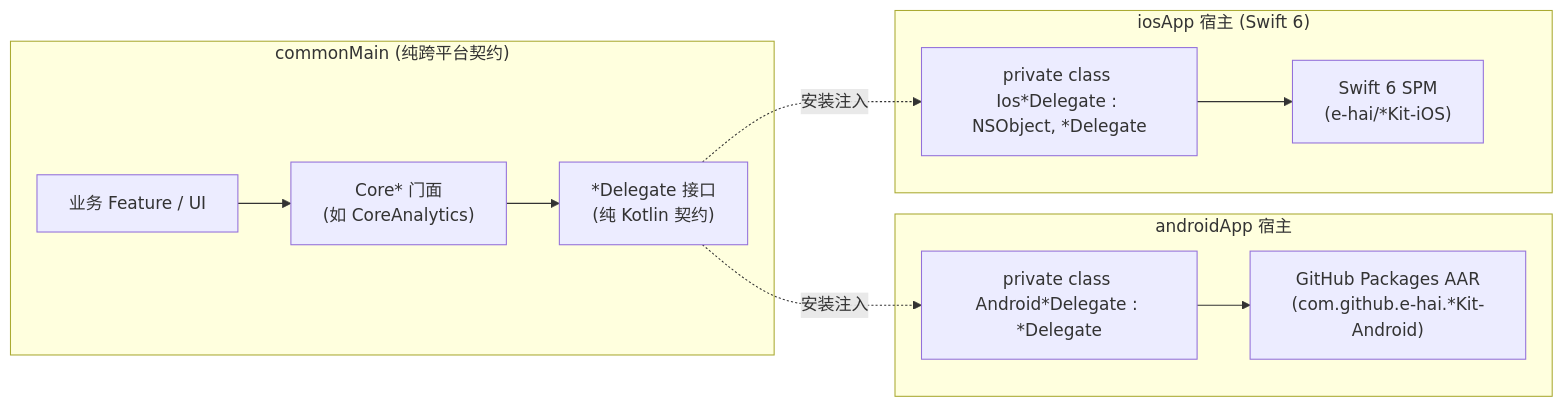
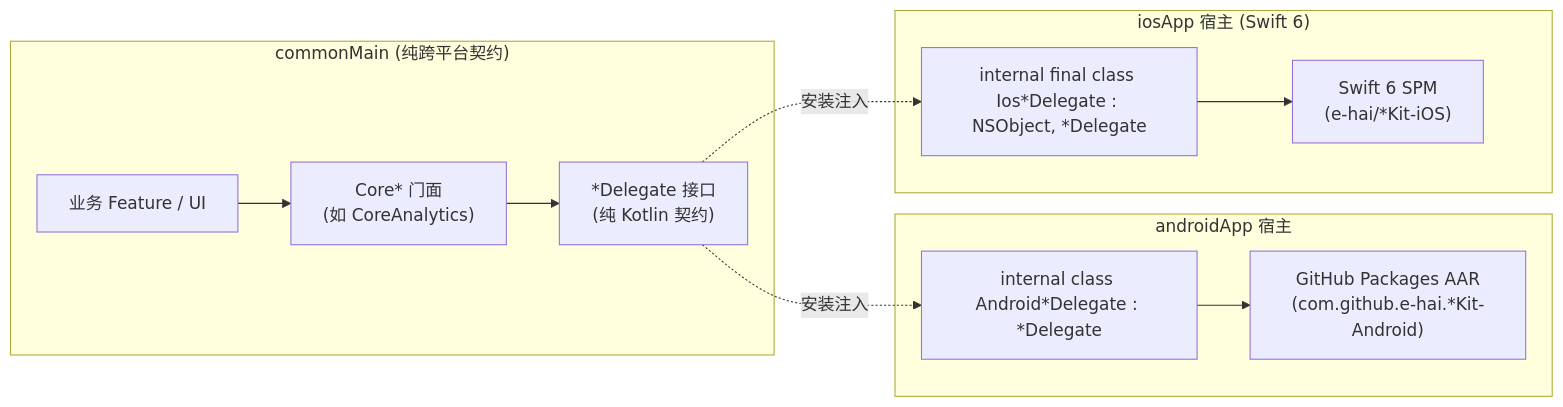
Before and after one commit to e-hai/Architecture: the second of 4 diagrams in docs/ARCHITECTURE.md, drawn with Mermaid. The commit also changed 50 other files, not shown here.

````diff
--- a/docs/ARCHITECTURE.md
+++ b/docs/ARCHITECTURE.md
@@ -93,25 +93,25 @@
 ```mermaid
 flowchart LR
     subgraph Common["commonMain (纯跨平台契约)"]
         Biz["业务 Feature / UI"]
         CoreFacade["Core* 门面<br/>(如 CoreAnalytics)"]
         KitDelegate["*Delegate 接口<br/>(纯 Kotlin 契约)"]
         Biz --> CoreFacade
         CoreFacade --> KitDelegate
     end
 
     subgraph AndroidHost["androidApp 宿主"]
-        AndDelegate["private class Android*Delegate : *Delegate"]
+        AndDelegate["internal class Android*Delegate : *Delegate"]
         AndAar["GitHub Packages AAR<br/>(com.github.e-hai.*Kit-Android)"]
         AndDelegate --> AndAar
     end
 
     subgraph IosHost["iosApp 宿主 (Swift 6)"]
-        IosDelegate["private class Ios*Delegate : NSObject, *Delegate"]
+        IosDelegate["internal final class Ios*Delegate : NSObject, *Delegate"]
         IosSPM["Swift 6 SPM<br/>(e-hai/*Kit-iOS)"]
         IosDelegate --> IosSPM
     end
 
     KitDelegate -.->|安装注入| AndDelegate
     KitDelegate -.->|安装注入| IosDelegate
 ```
````
